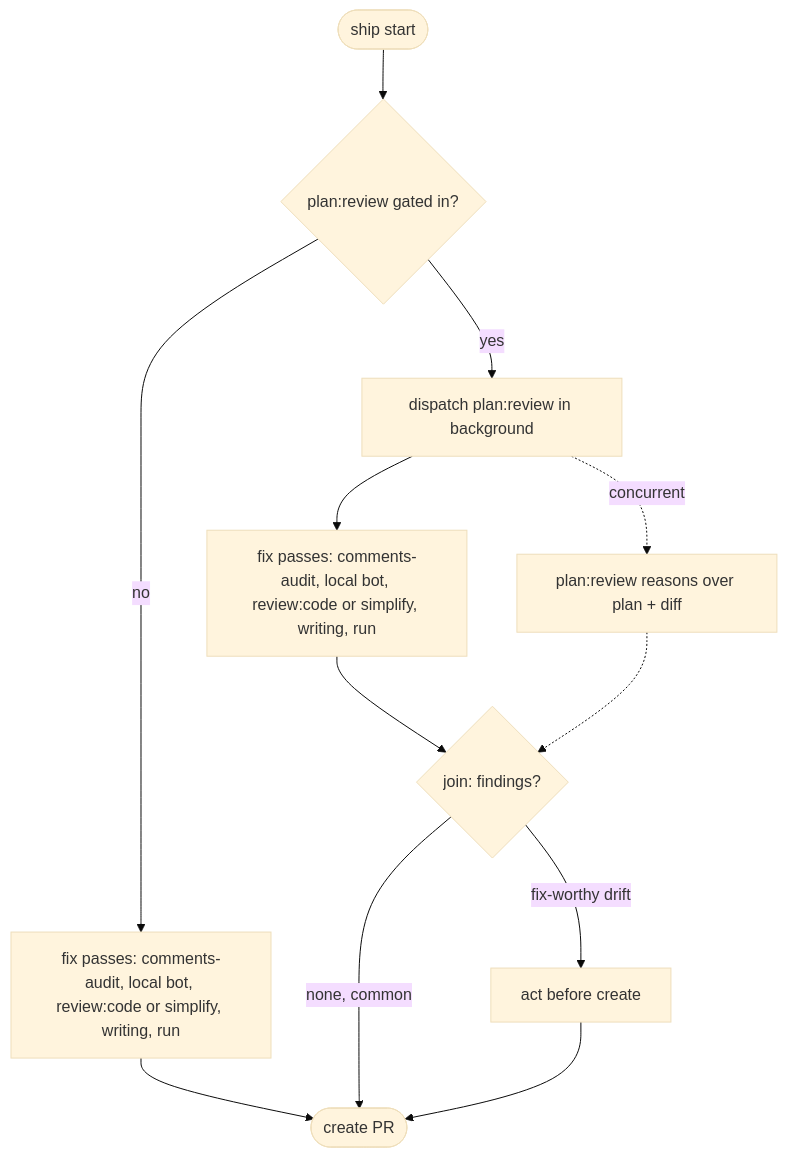
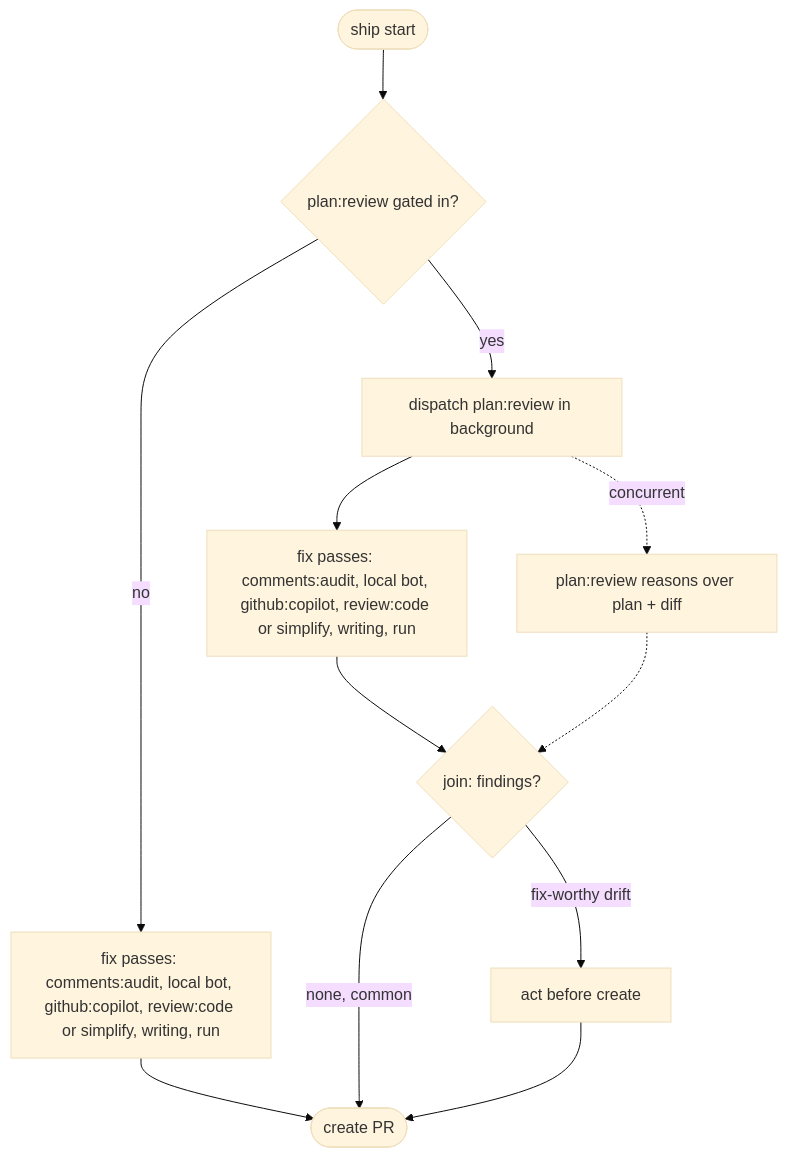
Before and after one commit to bendrucker/claude: the diagram in user/skills/ship/references/passes.md, drawn with Mermaid (base theme). The commit also changed other lines of this file and 6 other files, not shown here.

````diff
--- a/user/skills/ship/references/passes.md
+++ b/user/skills/ship/references/passes.md
@@ -68,14 +68,14 @@
 ```mermaid
 flowchart TD
     S([ship start]) --> G{plan:review gated in?}
-    G -->|no| F1[fix passes: comments-audit, local bot, review:code or simplify, writing, run]
+    G -->|no| F1[fix passes: comments:audit, local bot, github:copilot, review:code or simplify, writing, run]
     F1 --> C([create PR])
     G -->|yes| D[dispatch plan:review in background]
-    D --> F2[fix passes: comments-audit, local bot, review:code or simplify, writing, run]
+    D --> F2[fix passes: comments:audit, local bot, github:copilot, review:code or simplify, writing, run]
     D -. concurrent .-> R[plan:review reasons over plan + diff]
     F2 --> J{join: findings?}
     R -.-> J
     J -->|fix-worthy drift| A[act before create]
     J -->|none, common| C
     A --> C
 ```
````
